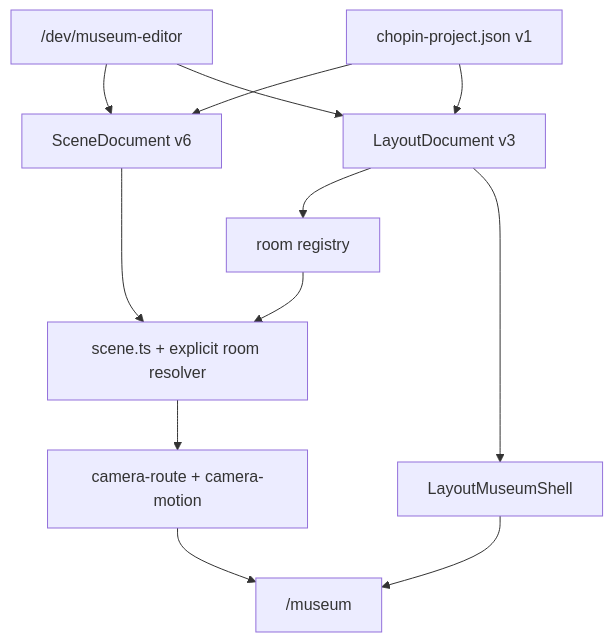
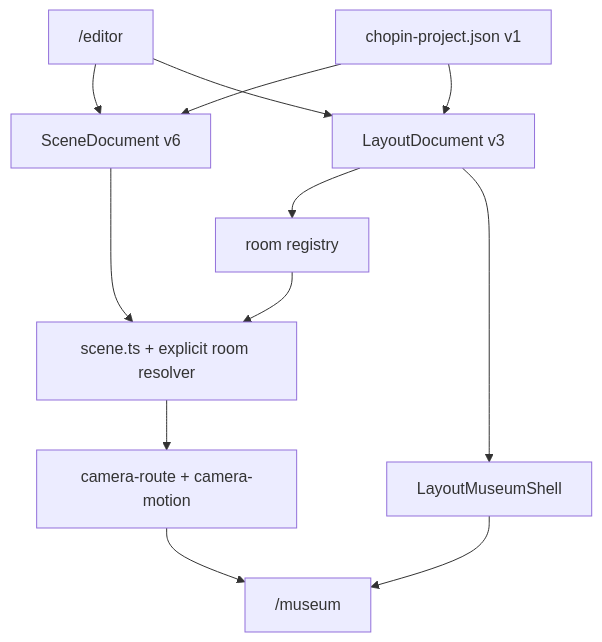
One commit to toni8699/Museum changed the diagram in docs/README.md. Above: the diagram before and after it, drawn with Mermaid. The commit also changed 35 other files, not shown here.

````diff
--- a/docs/README.md
+++ b/docs/README.md
@@ -28,14 +28,14 @@
 ```mermaid
 flowchart TB
-  Editor["/dev/museum-editor"] --> SceneDoc["SceneDocument v6"]
+  Editor["/editor"] --> SceneDoc["SceneDocument v6"]
   Editor --> LayoutDoc["LayoutDocument v3"]
   Project["chopin-project.json v1"] --> SceneDoc
   Project --> LayoutDoc
   SceneDoc --> Resolve["scene.ts + explicit room resolver"]
   LayoutDoc --> Registry["room registry"]
   LayoutDoc --> Shell["LayoutMuseumShell"]
   Resolve --> Motion["camera-route + camera-motion"]
   Registry --> Resolve
   Shell --> Visitor["/museum"]
   Motion --> Visitor
 ```
````
